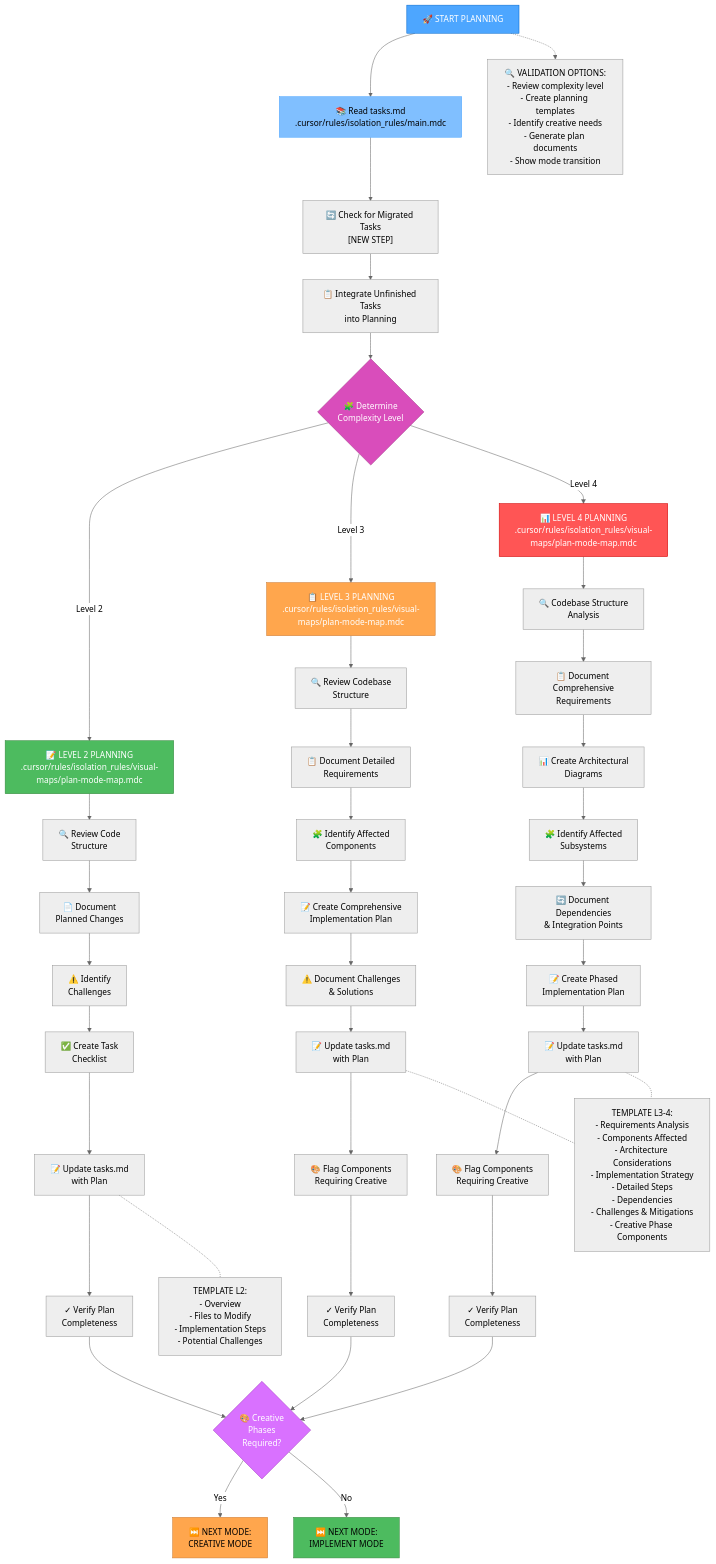
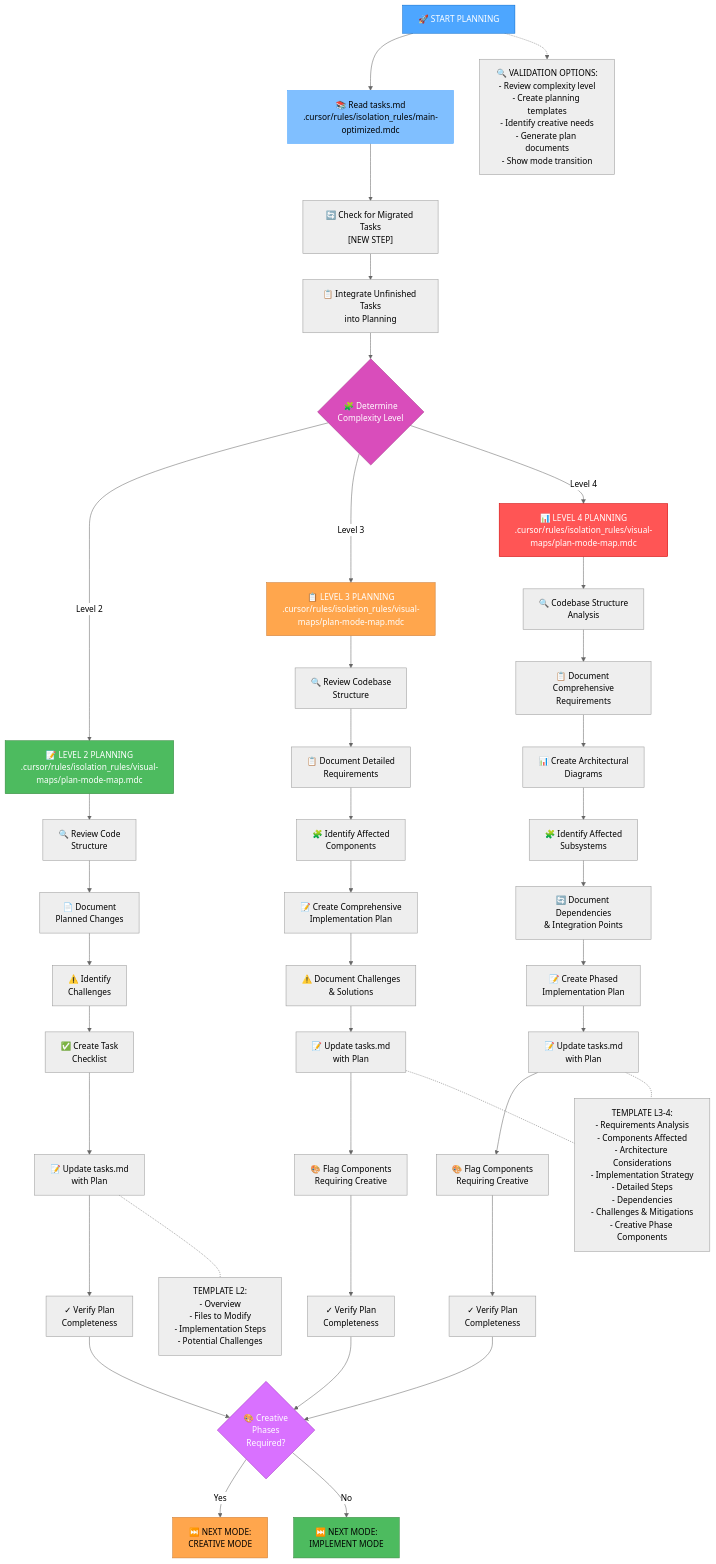
One commit to vanzan01/cursor-memory-bank changed the first of 5 diagrams in custom_modes/plan_instructions.md. Above: the diagram before and after it, drawn with Mermaid (neutral theme). The commit also changed other lines of this file and 103 other files, not shown here.

````diff
--- a/custom_modes/plan_instructions.md
+++ b/custom_modes/plan_instructions.md
@@ -5,66 +5,66 @@
 ```mermaid
 graph TD
-    Start["🚀 START PLANNING"] --> ReadTasks["📚 Read tasks.md<br>.cursor/rules/isolation_rules/main.mdc"]
+    Start["🚀 START PLANNING"] --> ReadTasks["📚 Read tasks.md<br>.cursor/rules/isolation_rules/main-optimized.mdc"]
     ReadTasks --> CheckMigration["🔄 Check for Migrated Tasks<br>[NEW STEP]"]
     CheckMigration --> IntegrateMigrated["📋 Integrate Unfinished Tasks<br>into Planning"]
 
     %% Complexity Level Determination
     IntegrateMigrated --> CheckLevel{"🧩 Determine<br>Complexity Level"}
     CheckLevel -->|"Level 2"| Level2["📝 LEVEL 2 PLANNING<br>.cursor/rules/isolation_rules/visual-maps/plan-mode-map.mdc"]
     CheckLevel -->|"Level 3"| Level3["📋 LEVEL 3 PLANNING<br>.cursor/rules/isolation_rules/visual-maps/plan-mode-map.mdc"]
     CheckLevel -->|"Level 4"| Level4["📊 LEVEL 4 PLANNING<br>.cursor/rules/isolation_rules/visual-maps/plan-mode-map.mdc"]
 
     %% Level 2 Planning
     Level2 --> L2Review["🔍 Review Code<br>Structure"]
     L2Review --> L2Document["📄 Document<br>Planned Changes"]
     L2Document --> L2Challenges["⚠️ Identify<br>Challenges"]
     L2Challenges --> L2Checklist["✅ Create Task<br>Checklist"]
     L2Checklist --> L2Update["📝 Update tasks.md<br>with Plan"]
     L2Update --> L2Verify["✓ Verify Plan<br>Completeness"]
 
     %% Level 3 Planning
     Level3 --> L3Review["🔍 Review Codebase<br>Structure"]
     L3Review --> L3Requirements["📋 Document Detailed<br>Requirements"]
     L3Requirements --> L3Components["🧩 Identify Affected<br>Components"]
     L3Components --> L3Plan["📝 Create Comprehensive<br>Implementation Plan"]
     L3Plan --> L3Challenges["⚠️ Document Challenges<br>& Solutions"]
     L3Challenges --> L3Update["📝 Update tasks.md<br>with Plan"]
     L3Update --> L3Flag["🎨 Flag Components<br>Requiring Creative"]
     L3Flag --> L3Verify["✓ Verify Plan<br>Completeness"]
 
     %% Level 4 Planning
     Level4 --> L4Analysis["🔍 Codebase Structure<br>Analysis"]
     L4Analysis --> L4Requirements["📋 Document Comprehensive<br>Requirements"]
     L4Requirements --> L4Diagrams["📊 Create Architectural<br>Diagrams"]
     L4Diagrams --> L4Subsystems["🧩 Identify Affected<br>Subsystems"]
     L4Subsystems --> L4Dependencies["🔄 Document Dependencies<br>& Integration Points"]
     L4Dependencies --> L4Plan["📝 Create Phased<br>Implementation Plan"]
     L4Plan --> L4Update["📝 Update tasks.md<br>with Plan"]
     L4Update --> L4Flag["🎨 Flag Components<br>Requiring Creative"]
     L4Flag --> L4Verify["✓ Verify Plan<br>Completeness"]
 
     %% Verification & Completion
     L2Verify & L3Verify & L4Verify --> CheckCreative{"🎨 Creative<br>Phases<br>Required?"}
 
     %% Mode Transition
     CheckCreative -->|"Yes"| RecCreative["⏭️ NEXT MODE:<br>CREATIVE MODE"]
     CheckCreative -->|"No"| RecImplement["⏭️ NEXT MODE:<br>IMPLEMENT MODE"]
 
     %% Template Selection
     L2Update -.- Template2["TEMPLATE L2:<br>- Overview<br>- Files to Modify<br>- Implementation Steps<br>- Potential Challenges"]
     L3Update & L4Update -.- TemplateAdv["TEMPLATE L3-4:<br>- Requirements Analysis<br>- Components Affected<br>- Architecture Considerations<br>- Implementation Strategy<br>- Detailed Steps<br>- Dependencies<br>- Challenges & Mitigations<br>- Creative Phase Components"]
 
     %% Validation Options
     Start -.-> Validation["🔍 VALIDATION OPTIONS:<br>- Review complexity level<br>- Create planning templates<br>- Identify creative needs<br>- Generate plan documents<br>- Show mode transition"]
 
     %% Styling
     style Start fill:#4da6ff,stroke:#0066cc,color:white
     style ReadTasks fill:#80bfff,stroke:#4da6ff,color:black
     style CheckLevel fill:#d94dbb,stroke:#a3378a,color:white
     style Level2 fill:#4dbb5f,stroke:#36873f,color:white
     style Level3 fill:#ffa64d,stroke:#cc7a30,color:white
     style Level4 fill:#ff5555,stroke:#cc0000,color:white
     style CheckCreative fill:#d971ff,stroke:#a33bc2,color:white
     style RecCreative fill:#ffa64d,stroke:#cc7a30,color:black
     style RecImplement fill:#4dbb5f,stroke:#36873f,color:black
 ```
````
